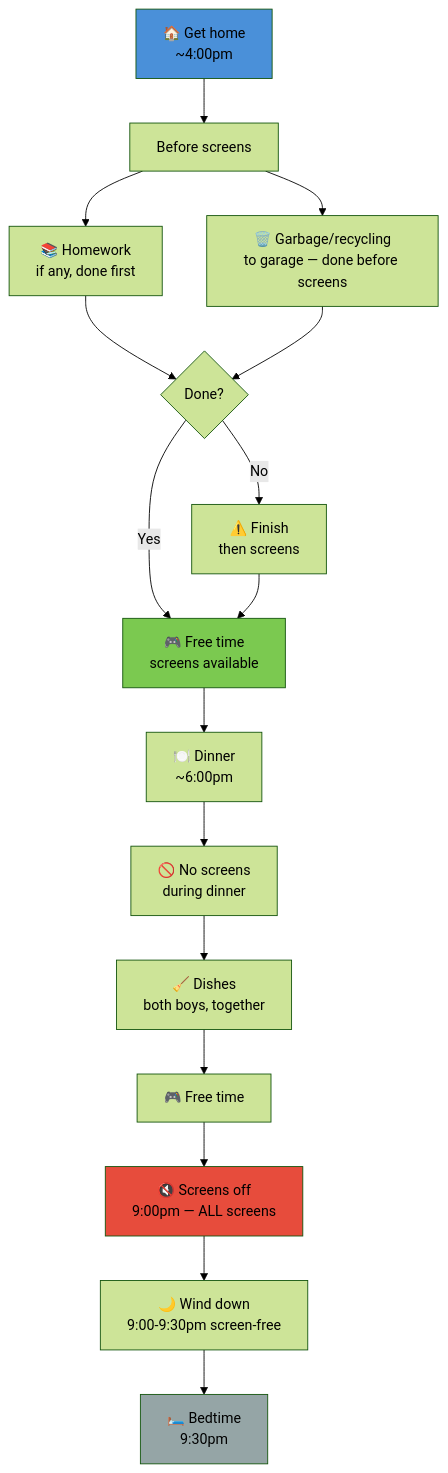
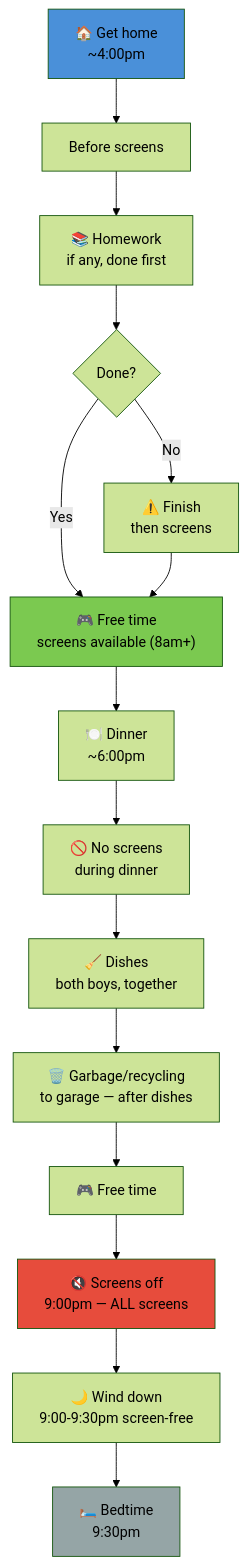
One commit to ajass/technology-reset changed the diagram in day-types/04-school-day.md. Above: the diagram before and after it, drawn with Mermaid (forest theme). The commit also changed other lines of this file and 7 other files, not shown here.

Commit message:
Garbage is part of floor not screen gate (after dishes/as needed), screens available at 8am noted, diagrams updated

````diff
--- a/day-types/04-school-day.md
+++ b/day-types/04-school-day.md
@@ -7,23 +7,22 @@
 ```mermaid
 flowchart TD
     A["🏠 Get home<br/>~4:00pm"] --> B["Before screens"]
     B --> B1["📚 Homework<br/>if any, done first"]
-    B --> B2["🗑️ Garbage/recycling<br/>to garage — done before screens"]
     B1 --> C{"Done?"}
-    B2 --> C
-    C -->|Yes| D["🎮 Free time<br/>screens available"]
+    C -->|Yes| D["🎮 Free time<br/>screens available (8am+)"]
     C -->|No| E["⚠️ Finish<br/>then screens"]
     E --> D
     D --> F["🍽️ Dinner<br/>~6:00pm"]
     F --> G["🚫 No screens<br/>during dinner"]
     G --> H["🧹 Dishes<br/>both boys, together"]
-    H --> I["🎮 Free time"]
-    I --> J["🔇 Screens off<br/>9:00pm — ALL screens"]
-    J --> K["🌙 Wind down<br/>9:00-9:30pm screen-free"]
-    K --> L["🛏️ Bedtime<br/>9:30pm"]
+    H --> I["🗑️ Garbage/recycling<br/>to garage — after dishes"]
+    I --> J["🎮 Free time"]
+    J --> K["🔇 Screens off<br/>9:00pm — ALL screens"]
+    K --> L["🌙 Wind down<br/>9:00-9:30pm screen-free"]
+    L --> M["🛏️ Bedtime<br/>9:30pm"]
 
     style A fill:#4a90d9
     style D fill:#7bc950
-    style J fill:#e74c3c
-    style L fill:#95a5a6
+    style K fill:#e74c3c
+    style M fill:#95a5a6
 ```
````
